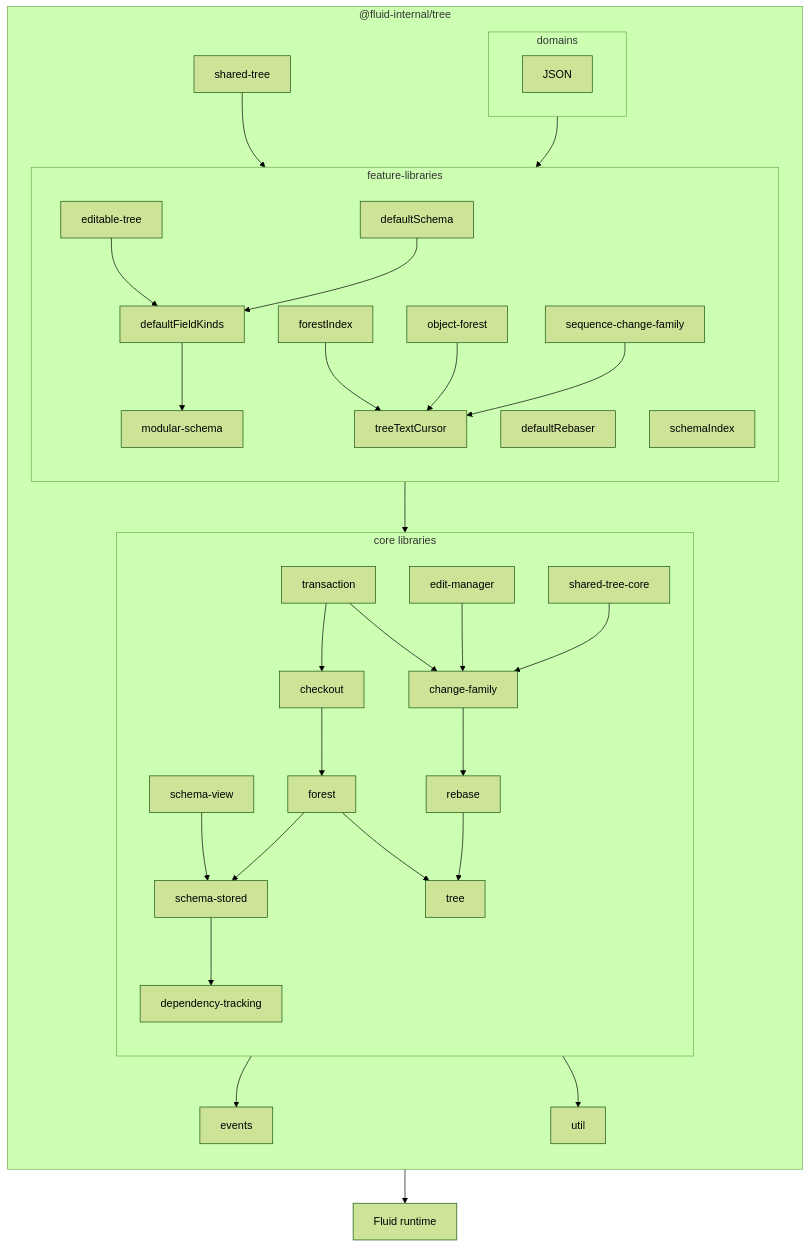
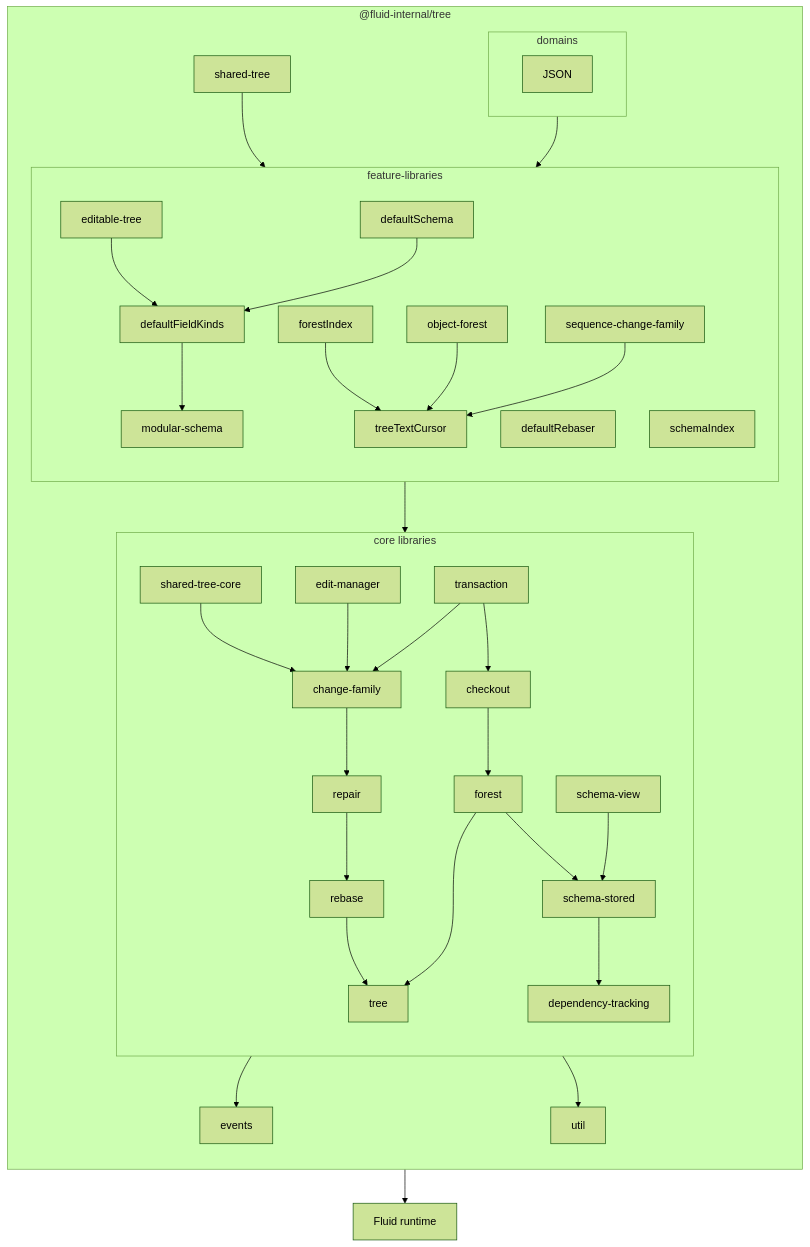
Before and after one commit to microsoft/FluidFramework: the sixth of 6 diagrams in packages/dds/tree/README.md, drawn with Mermaid (forest theme). The commit also changed other lines of this file and 130 other files, not shown here.

````diff
--- a/packages/dds/tree/README.md
+++ b/packages/dds/tree/README.md
@@ -298,42 +298,43 @@
 ```mermaid
 flowchart
     direction TB
     subgraph package ["@fluid-internal/tree"]
         direction TB
         subgraph core ["core libraries"]
             direction TB
             checkout-->forest
             shared-tree-core-->change-family
             forest-->schema-stored
-            change-family-->rebase
+            change-family-->repair
             edit-manager-->change-family
+            repair-->rebase
             rebase-->tree
             schema-stored-->dependency-tracking
             schema-view-->schema-stored
             transaction-->change-family
             transaction-->checkout
             dependency-tracking
             forest-->tree
         end
         core-->events
         core-->util
         feature-->core
         shared-tree-->feature
         subgraph feature ["feature-libraries"]
             direction TB
             editable-tree-->defaultFieldKinds
             defaultRebaser
             defaultSchema-->defaultFieldKinds-->modular-schema
             forestIndex-->treeTextCursor
             modular-schema
             object-forest-->treeTextCursor
             schemaIndex
             sequence-change-family-->treeTextCursor
         end
         subgraph domains
             JSON
         end
         domains-->feature
     end
     package-->runtime["Fluid runtime"]
 ```
````
